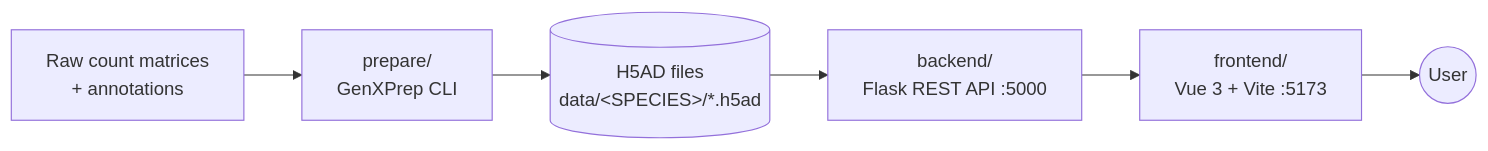
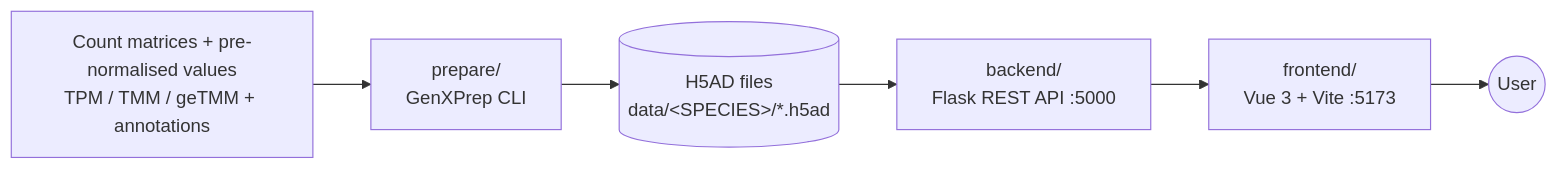
Before and after one commit to Mfkessler/GenXBrowser: the diagram in README.md, drawn with Mermaid. The commit also changed other lines of this file and 7 other files, not shown here.

````diff
--- a/README.md
+++ b/README.md
@@ -20,8 +20,8 @@
 ```mermaid
 flowchart LR
-    A[Raw count matrices<br/>+ annotations] --> B[prepare/<br/>GenXPrep CLI]
+    A[Count matrices + pre-normalised values<br/>TPM / TMM / geTMM + annotations] --> B[prepare/<br/>GenXPrep CLI]
     B --> C[(H5AD files<br/>data/&lt;SPECIES&gt;/*.h5ad)]
     C --> D[backend/<br/>Flask REST API :5000]
     D --> E[frontend/<br/>Vue 3 + Vite :5173]
     E --> U((User))
 ```
````
